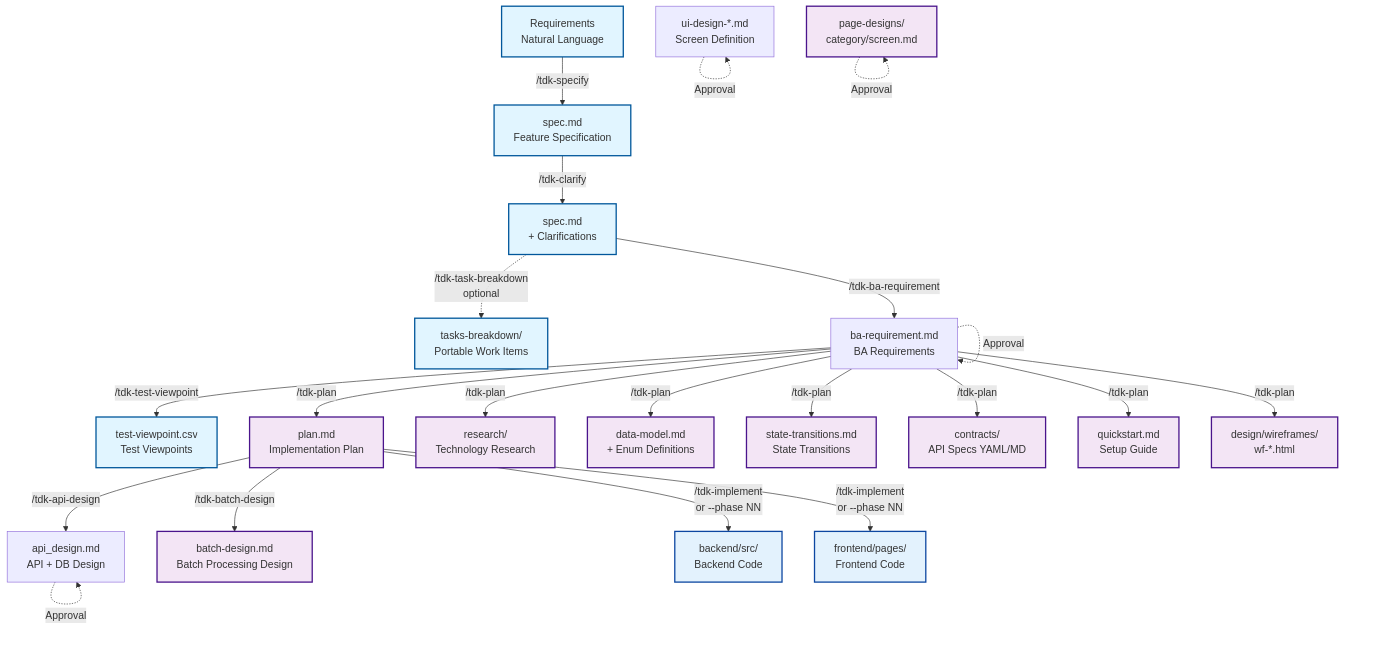
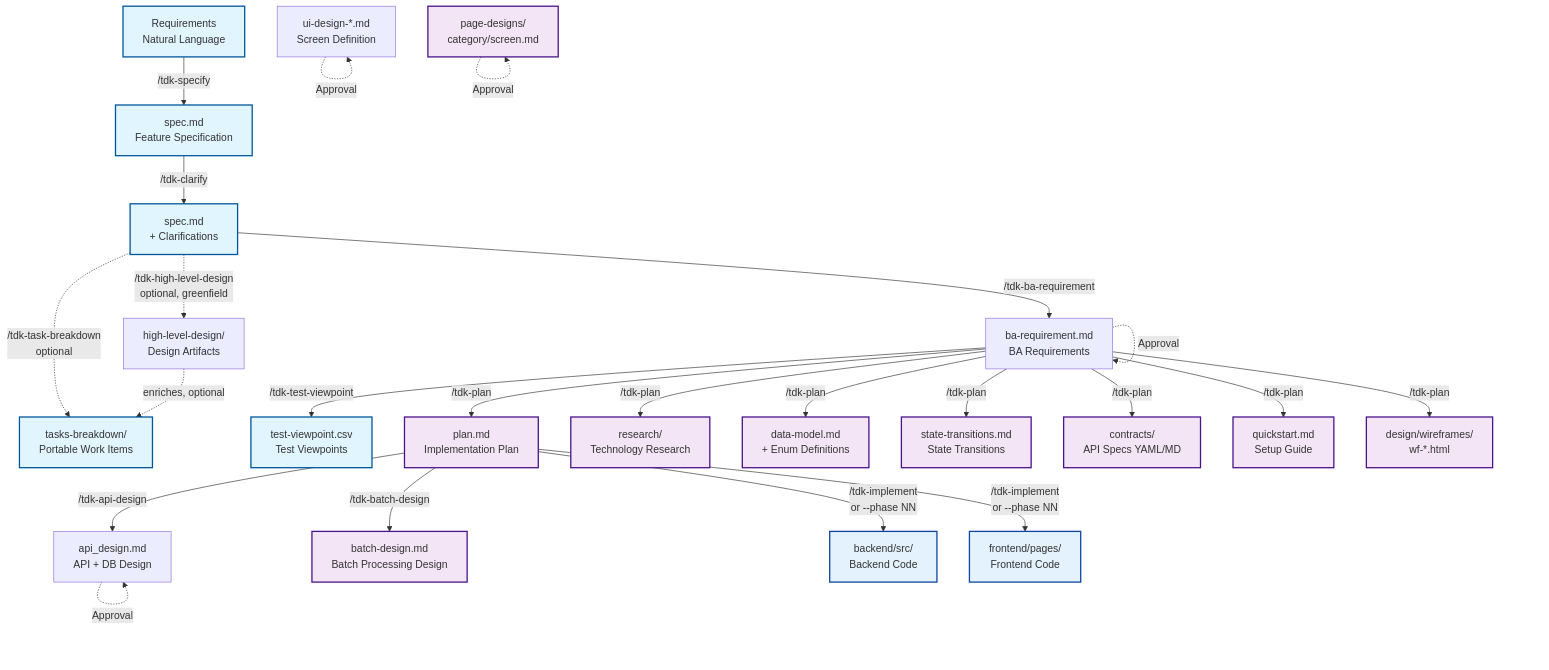
One commit to vinhltt/tdk changed the first of 8 diagrams in .specify/docs/guides/document-flow.md. Above: the diagram before and after it, drawn with Mermaid. The commit also changed other lines of this file and 26 other files, not shown here.

````diff
--- a/.specify/docs/guides/document-flow.md
+++ b/.specify/docs/guides/document-flow.md
@@ -10,52 +10,54 @@
 ```mermaid
 flowchart TD
     %% Phase 0: Specification
     REQ[Requirements<br/>Natural Language]
 
     %% Phase 0: Feature Specification
     REQ -->|/tdk-specify| SPEC[spec.md<br/>Feature Specification]
     SPEC -->|/tdk-clarify| SPEC_CLARIFIED[spec.md<br/>+ Clarifications]
+    SPEC_CLARIFIED -.->|/tdk-high-level-design<br/>optional, greenfield| HLD[high-level-design/<br/>Design Artifacts]
     SPEC_CLARIFIED -.->|/tdk-task-breakdown<br/>optional| TASK_BREAKDOWN[tasks-breakdown/<br/>Portable Work Items]
+    HLD -.->|enriches, optional| TASK_BREAKDOWN
     SPEC_CLARIFIED -->|/tdk-ba-requirement| BA_REQ[ba-requirement.md<br/>BA Requirements]
     BA_REQ -.->|Approval| BA_REQ
     BA_REQ -->|/tdk-test-viewpoint| TEST_VP[test-viewpoint.csv<br/>Test Viewpoints]
 
     %% Phase 1: Architecture & Design
     BA_REQ -->|/tdk-plan| PLAN[plan.md<br/>Implementation Plan]
     BA_REQ -->|/tdk-plan| RESEARCH[research/<br/>Technology Research]
     BA_REQ -->|/tdk-plan| DATAMODEL[data-model.md<br/>+ Enum Definitions]
     BA_REQ -->|/tdk-plan| STATETRANS[state-transitions.md<br/>State Transitions]
     BA_REQ -->|/tdk-plan| CONTRACTS[contracts/<br/>API Specs YAML/MD]
     BA_REQ -->|/tdk-plan| QUICKSTART[quickstart.md<br/>Setup Guide]
     BA_REQ -->|/tdk-plan| WIREFRAMES[design/wireframes/<br/>wf-*.html]
 
     %% Phase 1: Detailed Design & Approval
     PLAN -->|/tdk-api-design| API_DESIGN[api_design.md<br/>API + DB Design]
     PLAN -->|/tdk-batch-design| BATCH_DESIGN[batch-design.md<br/>Batch Processing Design]
     PAGEDESIGNS[page-designs/<br/>category/screen.md]
     UI_DESIGN[ui-design-*.md<br/>Screen Definition]
     API_DESIGN -.->|Approval| API_DESIGN
     UI_DESIGN -.->|Approval| UI_DESIGN
     PAGEDESIGNS -.->|Approval| PAGEDESIGNS
 
     %% Phase 2: Implementation (Solo Path - Primary)
     PLAN -->|/tdk-implement<br/>or --phase NN| CODE_BE[backend/src/<br/>Backend Code]
     PLAN -->|/tdk-implement<br/>or --phase NN| CODE_FE[frontend/pages/<br/>Frontend Code]
 
     %% Styling
     classDef phase0 fill:#e1f5ff,stroke:#01579b,stroke-width:2px
     classDef phase1 fill:#f3e5f5,stroke:#4a148c,stroke-width:2px
     classDef phase2 fill:#fff3e0,stroke:#e65100,stroke-width:2px
     classDef phase3 fill:#e8f5e9,stroke:#1b5e20,stroke-width:2px
     classDef phase4 fill:#fff9c4,stroke:#f57f17,stroke-width:2px
     classDef phase5 fill:#ffebee,stroke:#b71c1c,stroke-width:2px
     classDef reference fill:#f5f5f5,stroke:#616161,stroke-width:1px,stroke-dasharray: 5 5
     classDef code fill:#e3f2fd,stroke:#0d47a1,stroke-width:2px
     classDef infra fill:#fce4ec,stroke:#880e4f,stroke-width:2px
 
     class REQ,SPEC,SPEC_CLARIFIED,TASK_BREAKDOWN phase0
     class PLAN,RESEARCH,DATAMODEL,STATETRANS,CONTRACTS,QUICKSTART,WIREFRAMES,PAGEDESIGNS,BATCH_DESIGN phase1
     class TEST_VP phase0
     class CONSTITUTION,UIUX,REF_DATAMODEL,REF_STATE reference
     class CODE_BE,CODE_FE,TESTS code
 ```
````
